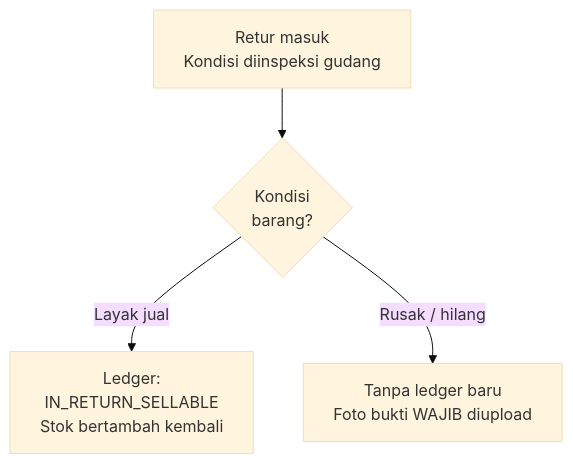
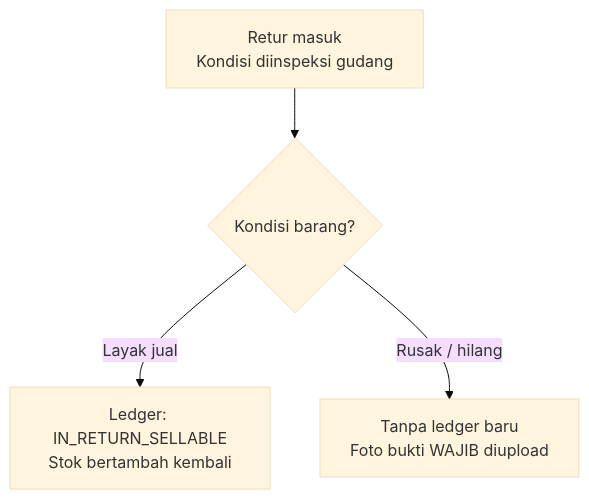
One commit to damosfxa/Celo_Skincare changed the second of 3 diagrams in workflow.md. Above: the diagram before and after it, drawn with Mermaid (base theme). The commit also changed other lines of this file and 3 other files, not shown here.

````diff
--- a/workflow.md
+++ b/workflow.md
@@ -22,6 +22,6 @@
 ```mermaid
 flowchart TD
-    A[" Retur masuk <br/> Kondisi diinspeksi gudang "] --> B{ Kondisi <br/> barang? }
-    B -->|Layak jual| C[" Ledger: <br/> IN_RETURN_SELLABLE <br/> Stok bertambah kembali "]
-    B -->|Rusak / hilang| D[" Tanpa ledger baru <br/> Foto bukti WAJIB diupload "]
+    A["Retur masuk<br/>Kondisi diinspeksi gudang"] --> B{Kondisi barang?}
+    B -->|Layak jual| C["Ledger: IN_RETURN_SELLABLE<br/>Stok bertambah kembali"]
+    B -->|Rusak / hilang| D["Tanpa ledger baru<br/>Foto bukti WAJIB diupload"]
 ```
````
